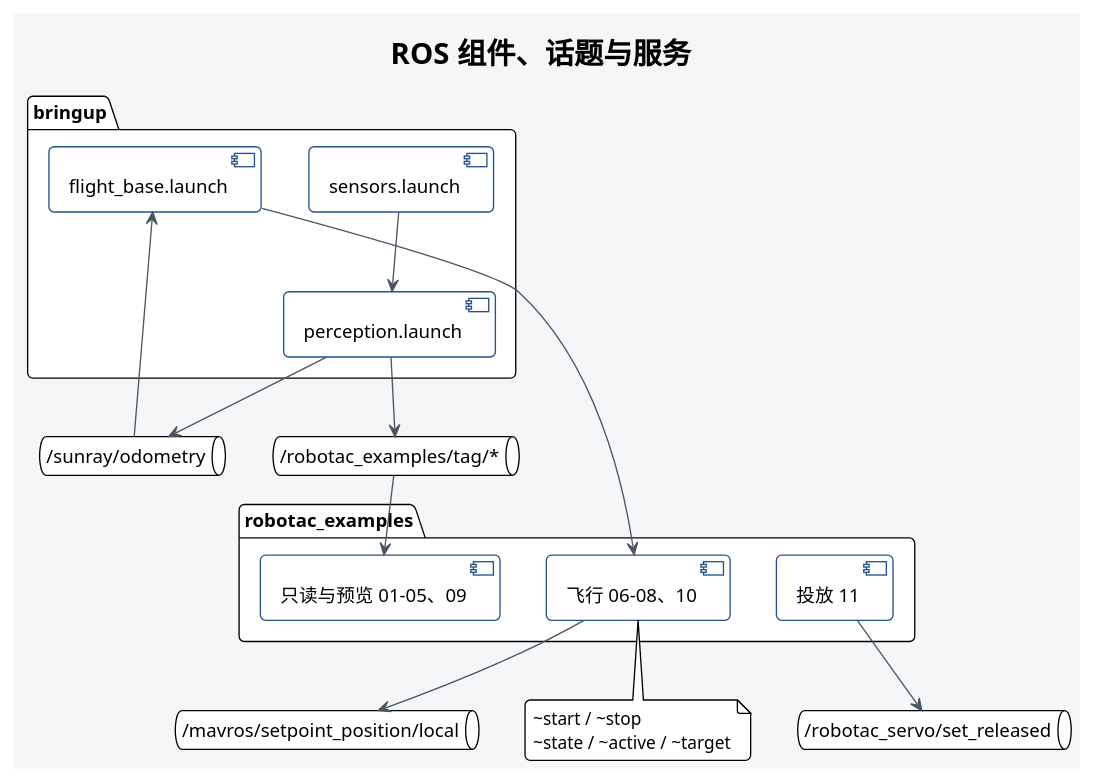
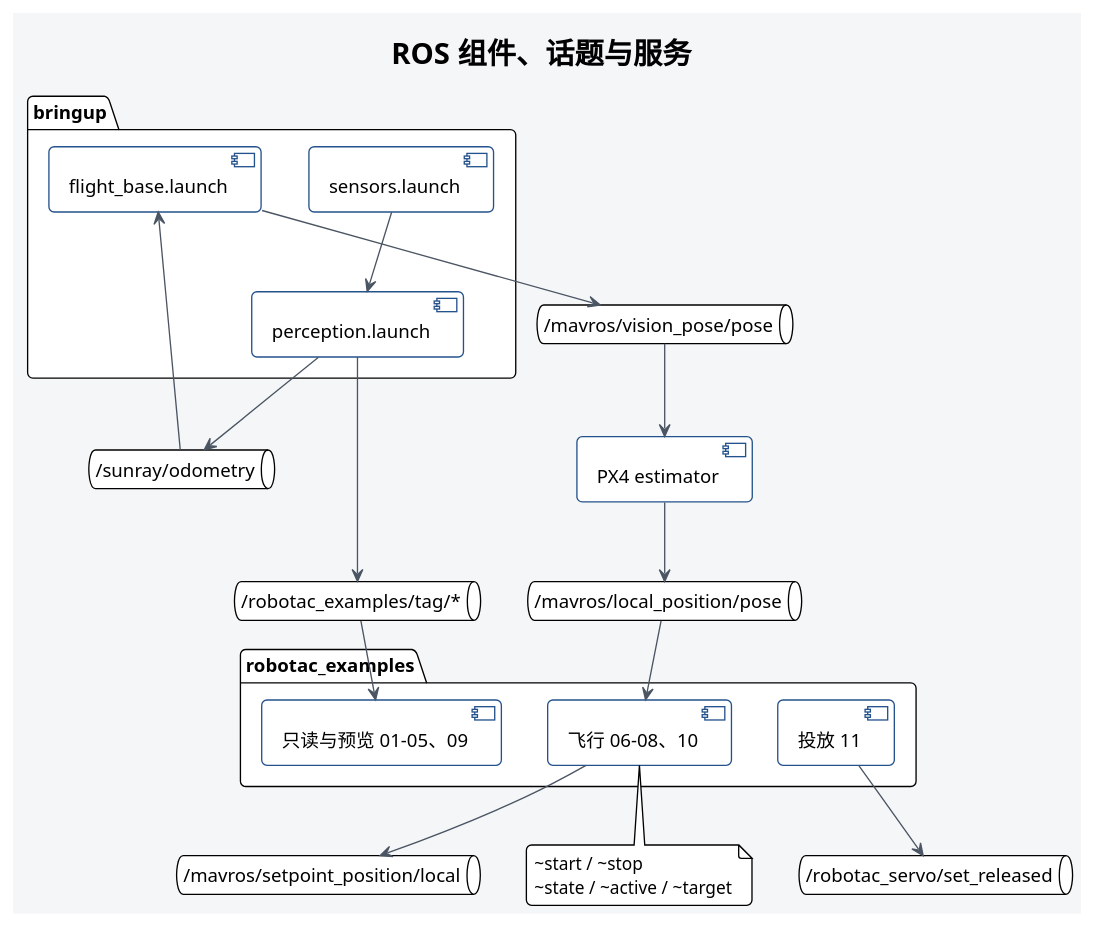
The diagram in docs/diagrams/architecture-interfaces.puml (6hao666/robotac), drawn with PlantUML before and after one commit. The commit also changed 25 other files, not shown here.

```diff
--- a/docs/diagrams/architecture-interfaces.puml
+++ b/docs/diagrams/architecture-interfaces.puml
@@ -1,37 +1,43 @@
 @startuml
 !theme plain
 skinparam backgroundColor #F4F6F8
 skinparam shadowing false
 skinparam roundcorner 8
 skinparam defaultFontName SansSerif
 skinparam ArrowColor #4B5563
 skinparam componentBackgroundColor #FFFFFF
 skinparam componentBorderColor #24528C
 title ROS 组件、话题与服务
 package "bringup" {
   component "sensors.launch" as sensors
   component "perception.launch" as perception
   component "flight_base.launch" as base
 }
 package "robotac_examples" {
   component "只读与预览 01-05、09" as preview
   component "飞行 06-08、10" as flight
   component "投放 11" as release
 }
 queue "/sunray/odometry" as odom
+queue "/mavros/vision_pose/pose" as vision
+component "PX4 estimator" as estimator
+queue "/mavros/local_position/pose" as local
 queue "/robotac_examples/tag/*" as tag
 queue "/mavros/setpoint_position/local" as target
 queue "/robotac_servo/set_released" as setreleased
 sensors --> perception
 perception --> odom
 odom --> base
+base --> vision
+vision --> estimator
+estimator --> local
+local --> flight
 perception --> tag
 tag --> preview
-base --> flight
 flight --> target
 release --> setreleased
 note bottom of flight
   ~start / ~stop
   ~state / ~active / ~target
 end note
 @enduml
```
